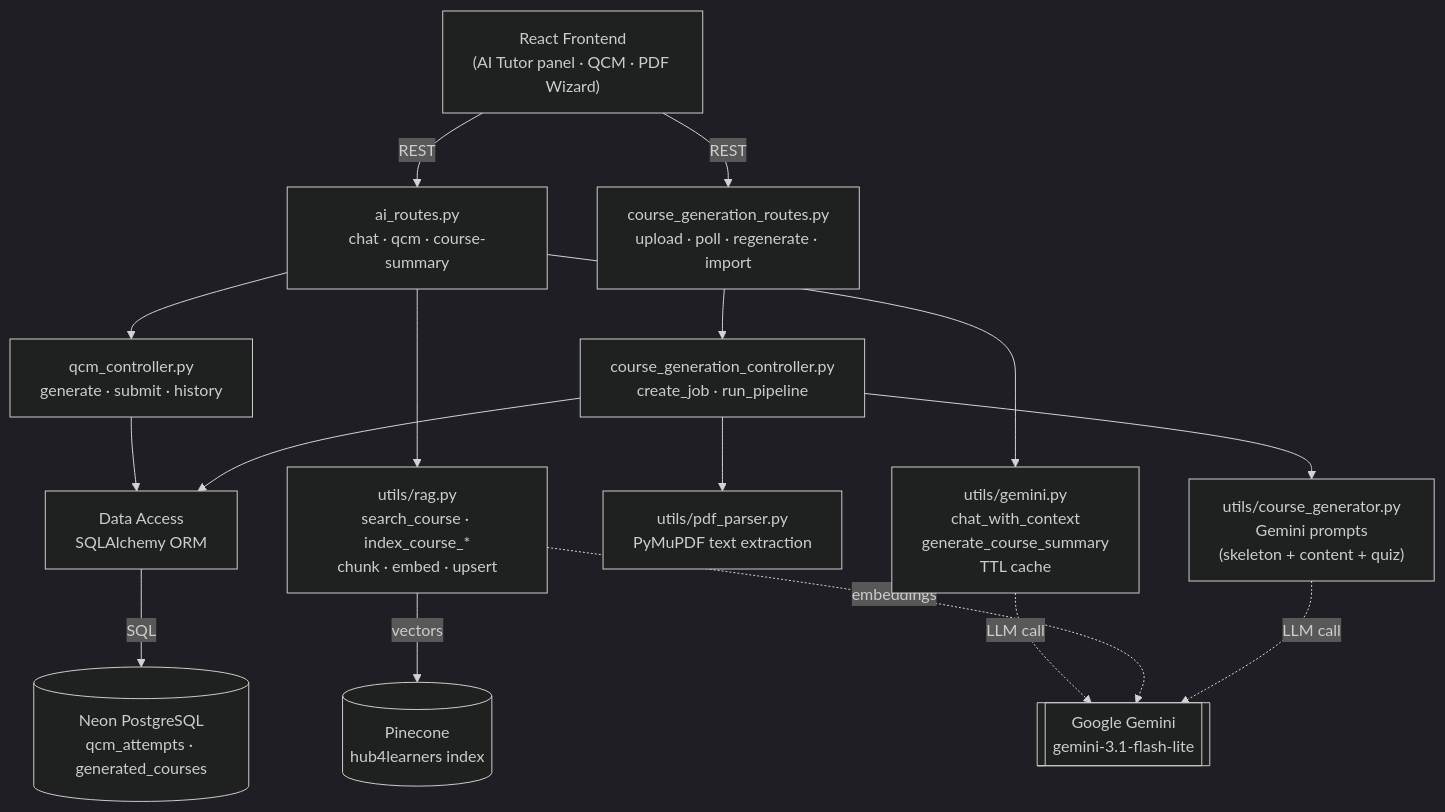
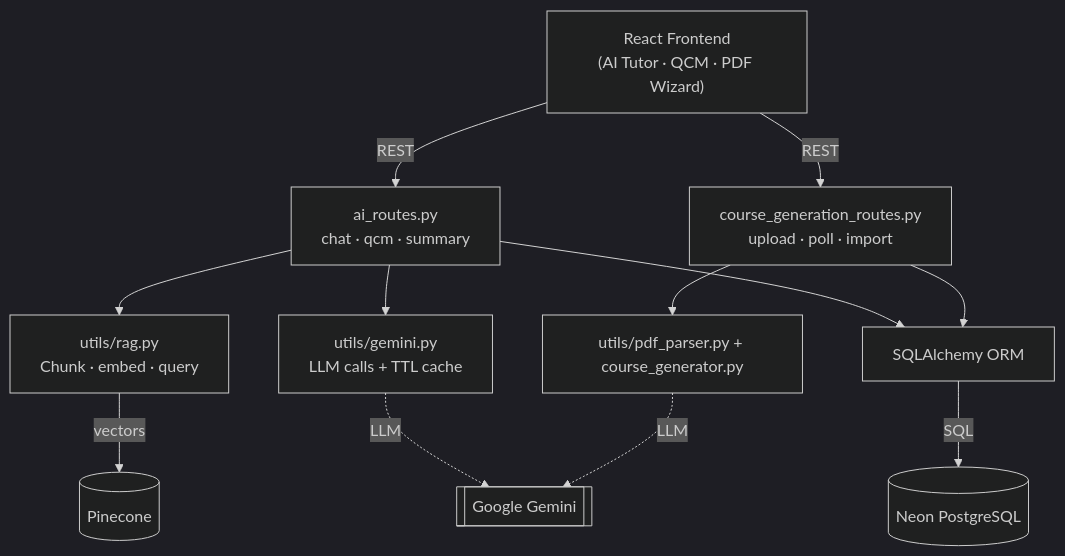
One commit to yazidha09/Hub4Learners changed the first of 4 diagrams in docs/sprints/SPRINT_3.md. Above: the diagram before and after it, drawn with Mermaid (dark theme). The commit also changed other lines of this file and 14 other files, not shown here.

````diff
--- a/docs/sprints/SPRINT_3.md
+++ b/docs/sprints/SPRINT_3.md
@@ -52,18 +43,14 @@
 ```mermaid
 graph TD
-    A["React Frontend<br/>(AI Tutor panel · QCM · PDF Wizard)"] -->|REST| B["ai_routes.py<br/>chat · qcm · course-summary"]
-    A -->|REST| C["course_generation_routes.py<br/>upload · poll · regenerate · import"]
-    B --> D["qcm_controller.py<br/>generate · submit · history"]
-    B --> E["utils/rag.py<br/>search_course · index_course_*<br/>chunk · embed · upsert"]
-    B --> F["utils/gemini.py<br/>chat_with_context<br/>generate_course_summary<br/>TTL cache"]
-    C --> G["course_generation_controller.py<br/>create_job · run_pipeline"]
-    G --> H["utils/pdf_parser.py<br/>PyMuPDF text extraction"]
-    G --> I["utils/course_generator.py<br/>Gemini prompts<br/>(skeleton + content + quiz)"]
-    D --> J["Data Access<br/>SQLAlchemy ORM"]
-    G --> J
-    J -->|SQL| K[("Neon PostgreSQL<br/>qcm_attempts · generated_courses")]
-    E -->|vectors| L[("Pinecone<br/>hub4learners index")]
-    F -.->|LLM call| M[["Google Gemini<br/>gemini-3.1-flash-lite"]]
-    E -.->|embeddings| M
-    I -.->|LLM call| M
+    A["React Frontend<br/>(AI Tutor · QCM · PDF Wizard)"] -->|REST| B["ai_routes.py<br/>chat · qcm · summary"]
+    A -->|REST| C["course_generation_routes.py<br/>upload · poll · import"]
+    B --> D["utils/rag.py<br/>Chunk · embed · query"]
+    B --> E["utils/gemini.py<br/>LLM calls + TTL cache"]
+    C --> F["utils/pdf_parser.py + course_generator.py"]
+    D -->|vectors| G[(Pinecone)]
+    E -.->|LLM| H[[Google Gemini]]
+    F -.->|LLM| H
+    B --> I["SQLAlchemy ORM"]
+    C --> I
+    I -->|SQL| J[(Neon PostgreSQL)]
 ```
````
